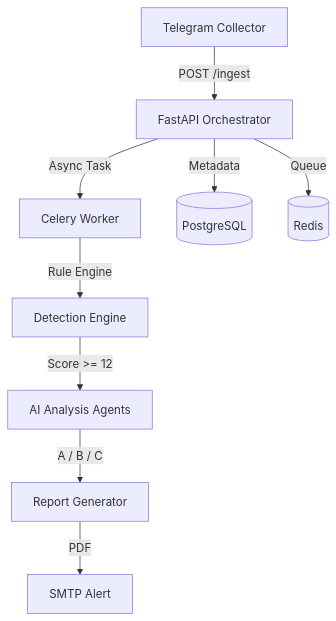
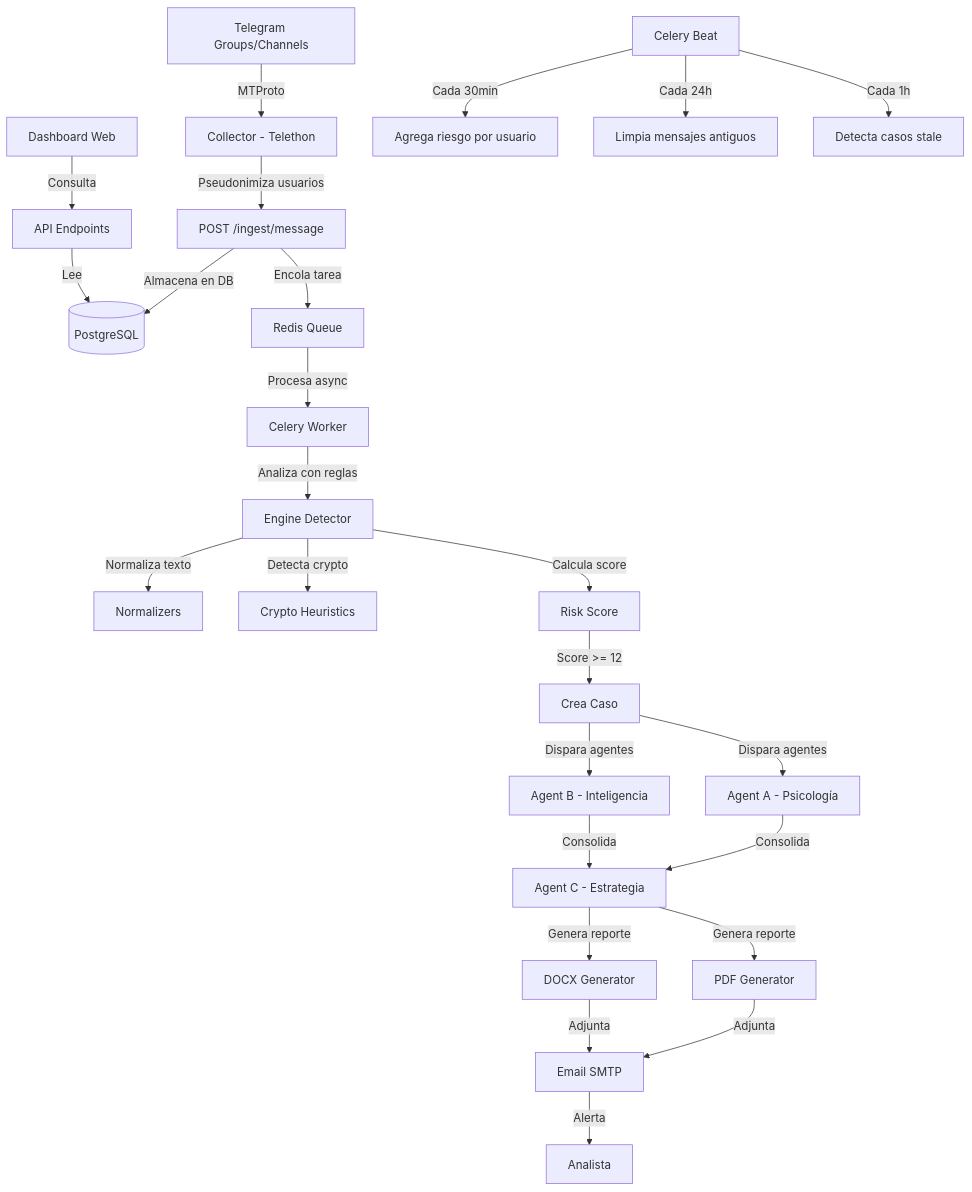
Before and after one commit to murdok1982/telegram-osint-platform: the diagram in README.md, drawn with Mermaid. The commit also changed other lines of this file and 42 other files, not shown here.

````diff
--- a/README.md
+++ b/README.md
@@ -40,11 +83,29 @@
 ```mermaid
 graph TD
-    TC[Telegram Collector] -->|POST /ingest| API[FastAPI Orchestrator]
-    API -->|Async Task| CW[Celery Worker]
-    CW -->|Rule Engine| RE[Detection Engine]
-    RE -->|Score >= 12| AA[AI Analysis Agents]
-    AA -->|A / B / C| RG[Report Generator]
-    RG -->|PDF| EMAIL[SMTP Alert]
-    API -->|Metadata| DB[(PostgreSQL)]
-    API -->|Queue| RD[(Redis)]
+    A[Telegram Groups/Channels] -->|MTProto| B[Collector - Telethon]
+    B -->|Pseudonimiza usuarios| C[POST /ingest/message]
+    C -->|Almacena en DB| D[(PostgreSQL)]
+    C -->|Encola tarea| E[Redis Queue]
+    E -->|Procesa async| F[Celery Worker]
+    F -->|Analiza con reglas| G[Engine Detector]
+    G -->|Normaliza texto| H[Normalizers]
+    G -->|Detecta crypto| I[Crypto Heuristics]
+    G -->|Calcula score| J[Risk Score]
+    J -->|Score >= 12| K[Crea Caso]
+    K -->|Dispara agentes| L[Agent A - Psicología]
+    K -->|Dispara agentes| M[Agent B - Inteligencia]
+    L -->|Consolida| N[Agent C - Estrategia]
+    M -->|Consolida| N
+    N -->|Genera reporte| O[PDF Generator]
+    N -->|Genera reporte| P[DOCX Generator]
+    O -->|Adjunta| Q[Email SMTP]
+    P -->|Adjunta| Q
+    Q -->|Alerta| R[Analista]
+    
+    S[Dashboard Web] -->|Consulta| T[API Endpoints]
+    T -->|Lee| D
+    
+    U[Celery Beat] -->|Cada 30min| V[Agrega riesgo por usuario]
+    U -->|Cada 24h| W[Limpia mensajes antiguos]
+    U -->|Cada 1h| X[Detecta casos stale]
 ```
````
